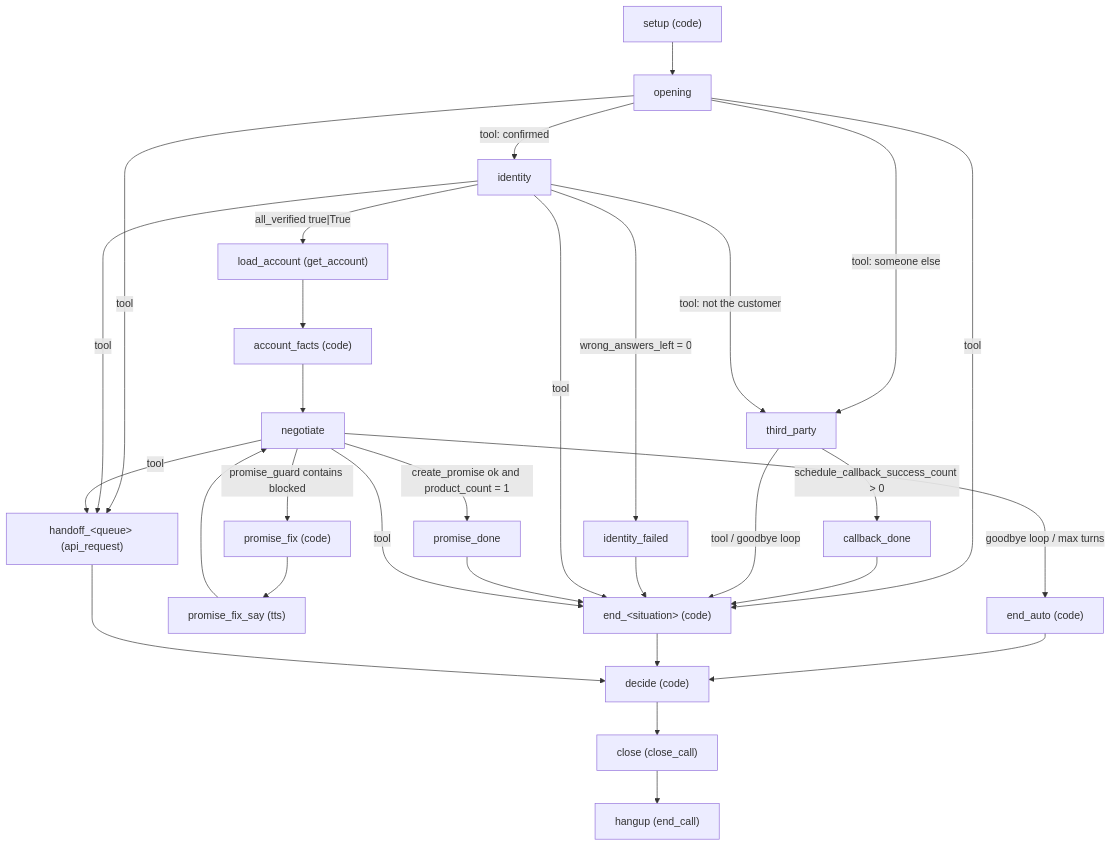
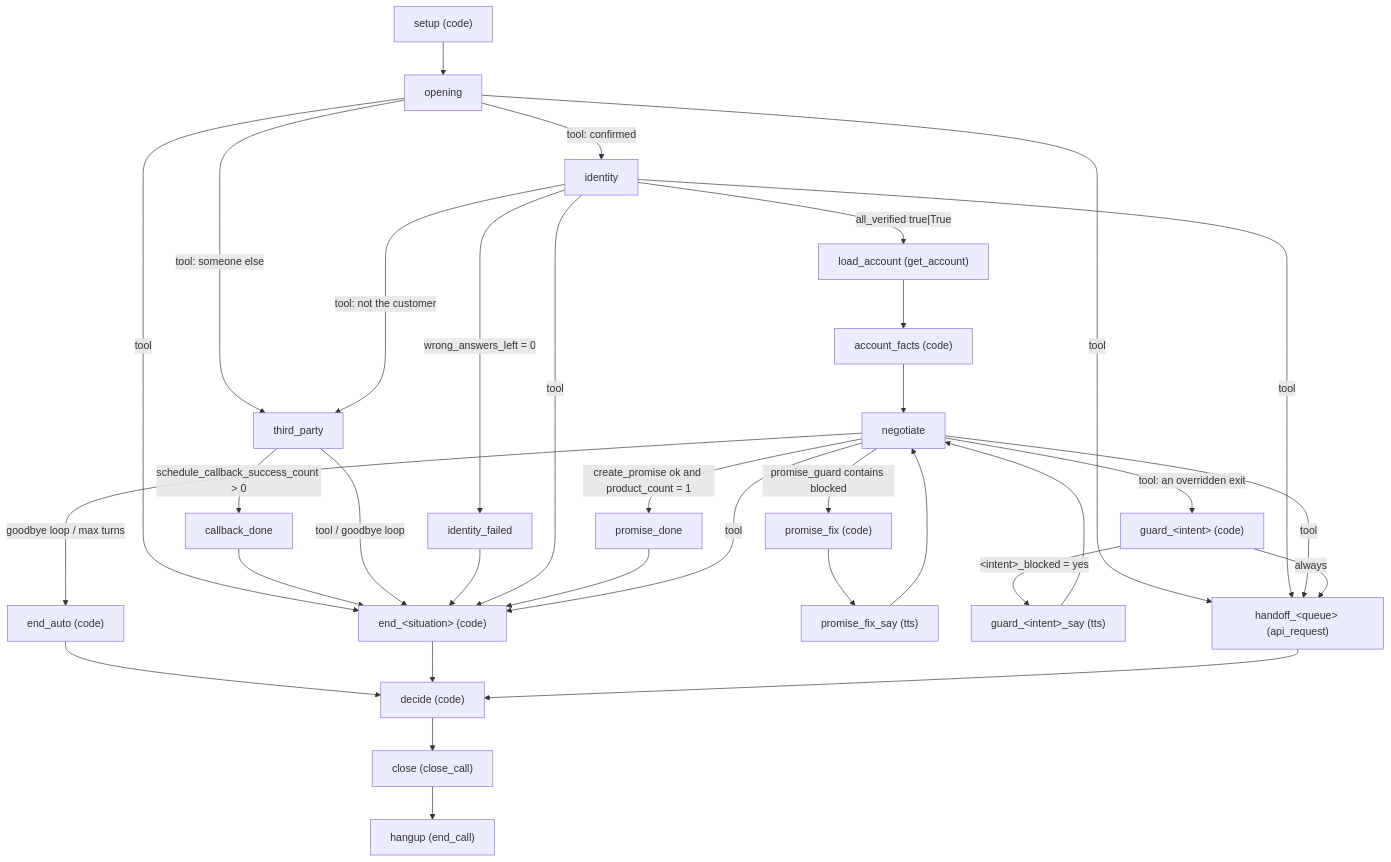
The first of 2 diagrams in docs/COMPILER.md (theFellandes/FreyaHackaton), drawn with Mermaid before and after one commit. The commit also changed other lines of this file and 2 other files, not shown here.

````diff
--- a/docs/COMPILER.md
+++ b/docs/COMPILER.md
@@ -52,32 +56,36 @@
 ```mermaid
 flowchart TD
     setup["setup (code)"] --> opening
     opening -- "tool: confirmed" --> identity
     opening -- "tool: someone else" --> third_party
     opening -- "tool" --> endN["end_&lt;situation&gt; (code)"]
     opening -- "tool" --> handoff["handoff_&lt;queue&gt; (api_request)"]
     third_party -- "schedule_callback_success_count &gt; 0" --> callback_done
     callback_done --> endN
     third_party -- "tool / goodbye loop" --> endN
     identity -- "all_verified true|True" --> load_account
     identity -- "wrong_answers_left = 0" --> identity_failed
     identity_failed --> endN
     identity -- "tool" --> endN
     identity -- "tool: not the customer" --> third_party
     identity -- "tool" --> handoff
     load_account["load_account (get_account)"] --> account_facts["account_facts (code)"]
     account_facts --> negotiate
     negotiate -- "promise_guard contains blocked" --> promise_fix["promise_fix (code)"]
     promise_fix --> promise_fix_say["promise_fix_say (tts)"]
     promise_fix_say --> negotiate
     negotiate -- "create_promise ok and product_count = 1" --> promise_done
     promise_done --> endN
     negotiate -- "tool" --> endN
     negotiate -- "tool" --> handoff
+    negotiate -- "tool: an overridden exit" --> guard["guard_&lt;intent&gt; (code)"]
+    guard -- "&lt;intent&gt;_blocked = yes" --> guard_say["guard_&lt;intent&gt;_say (tts)"]
+    guard_say --> negotiate
+    guard -- "always" --> handoff
     negotiate -- "goodbye loop / max turns" --> end_auto["end_auto (code)"]
     end_auto --> decide
     endN --> decide["decide (code)"]
     handoff --> decide
     decide --> close["close (close_call)"]
     close --> hangup["hangup (end_call)"]
 ```
````
